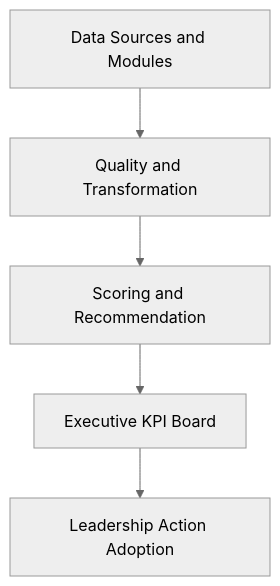
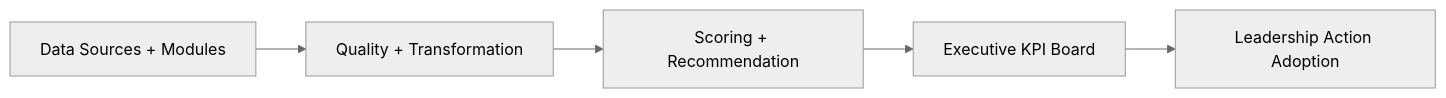
Before and after one commit to samuelmaia-analytics/revenue-intelligence-platform-suite: the diagram in README.md, drawn with Mermaid (neutral theme). The commit also changed other lines of this file and 13 other files, not shown here.

````diff
--- a/README.md
+++ b/README.md
@@ -29,7 +34,7 @@
 ```mermaid
-flowchart TD
-  A[Data Sources and Modules] --> B[Quality and Transformation]
-  B --> C[Scoring and Recommendation]
-  C --> D[Executive KPI Board]
-  D --> E[Leadership Action Adoption]
+graph LR
+  DATA["Data Sources + Modules"] --> QUALITY["Quality + Transformation"]
+  QUALITY --> SCORE["Scoring + Recommendation"]
+  SCORE --> BOARD["Executive KPI Board"]
+  BOARD --> ADOPTION["Leadership Action Adoption"]
 ```
````
